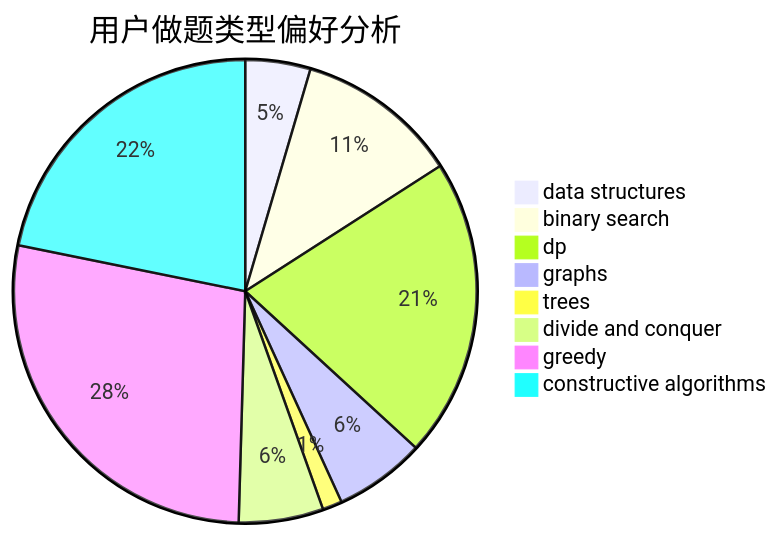
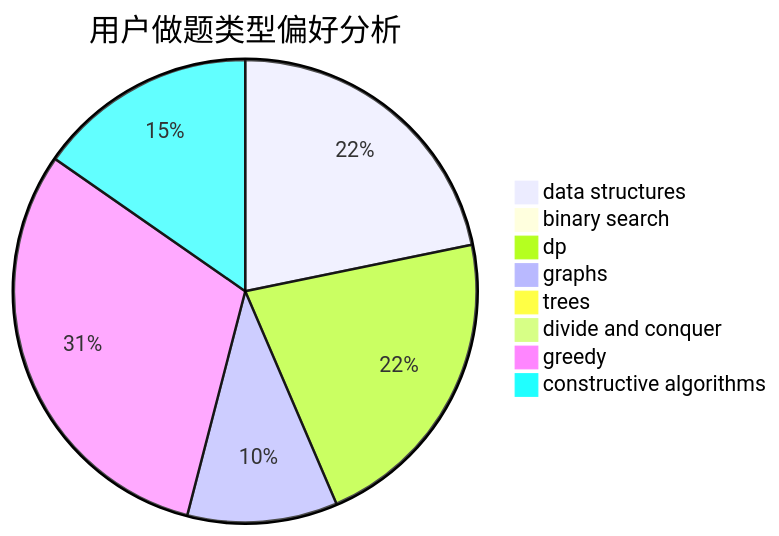
Before and after one commit to sherpahu/cfrs.github.io: the second of 3 diagrams in docs/user/u2318.md, drawn with Mermaid. The commit also changed other lines of this file and 2770 other files, not shown here.

````diff
--- a/docs/user/u2318.md
+++ b/docs/user/u2318.md
@@ -23,11 +23,11 @@
 ```mermaid
 pie title 用户做题类型偏好分析
-    "data structures" :  10
-    "binary search" :  25
-    "dp" :  46
-    "graphs" :  14
-    "trees" :  3
-    "divide and conquer" :  13
-    "greedy" :  61
-    "constructive algorithms" :  48
+    "data structures" :  27
+    "binary search" :  0
+    "dp" :  27
+    "graphs" :  13
+    "trees" :  0
+    "divide and conquer" :  0
+    "greedy" :  38
+    "constructive algorithms" :  19
 ```
````
